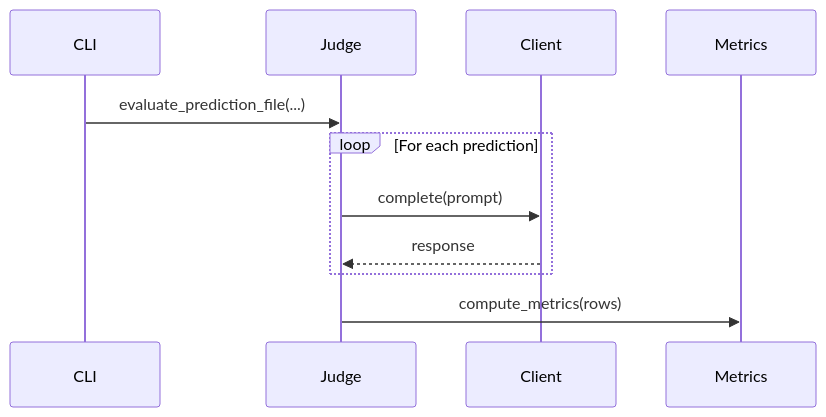
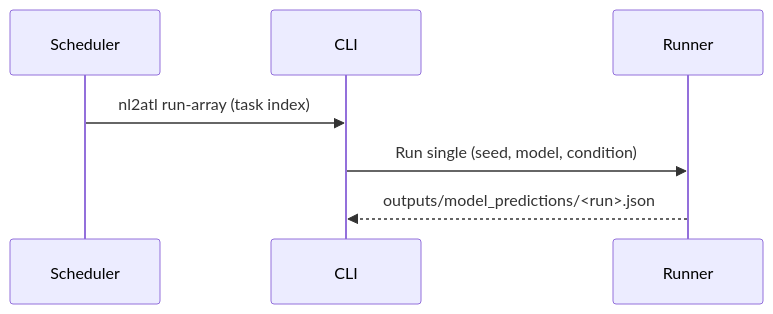
The third of 3 diagrams in docs/architecture.md (vladanaSTM/nl2atl), drawn with Mermaid before and after one commit. The commit also changed other lines of this file and 16 other files, not shown here.

````diff
--- a/docs/architecture.md
+++ b/docs/architecture.md
@@ -80,14 +70,10 @@
 ```mermaid
 sequenceDiagram
+    participant Scheduler
     participant CLI
-    participant Judge
-    participant Client
-    participant Metrics
+    participant Runner
 
-    CLI->>Judge: evaluate_prediction_file(...)
-    loop For each prediction
-        Judge->>Client: complete(prompt)
-        Client-->>Judge: response
-    end
-    Judge->>Metrics: compute_metrics(rows)
+    Scheduler->>CLI: nl2atl run-array (task index)
+    CLI->>Runner: Run single (seed, model, condition)
+    Runner-->>CLI: outputs/model_predictions/<run>.json
 ```
````
